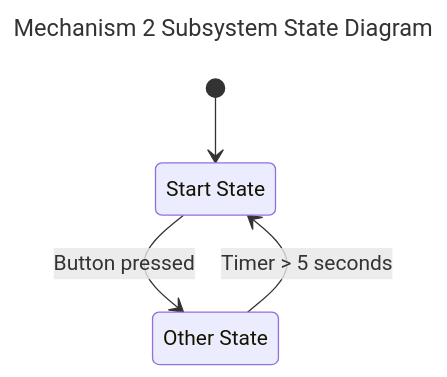
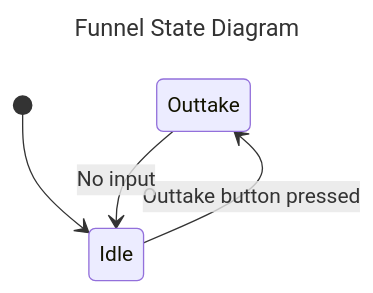
One commit to Tino-FRC-2473/FRC2025 changed the diagram in doc/FunnelFSM.md. Above: the diagram before and after it, drawn with Mermaid. The commit also changed other lines of this file and 2 other files, not shown here.

Commit message:
Rename FSM diagrams and add funnel FSM

````diff
--- a/doc/FunnelFSM.md
+++ b/doc/FunnelFSM.md
@@ -3,12 +3,12 @@
 ```mermaid
 ---
-title: Mechanism 2 Subsystem State Diagram
+title: Funnel State Diagram
 ---
 stateDiagram-v2
-  state "Start State" as START_STATE
-  state "Other State" as OTHER_STATE
+  state "Outtake" as OUTTAKE
+  state "Idle" as IDLE
 
-  [*] --> START_STATE
-  START_STATE --> OTHER_STATE: Button pressed
-  OTHER_STATE --> START_STATE: Timer > 5 seconds
+  [*] --> IDLE
+  IDLE --> OUTTAKE: Outtake button pressed
+  OUTTAKE --> IDLE: No input
 ```
````
